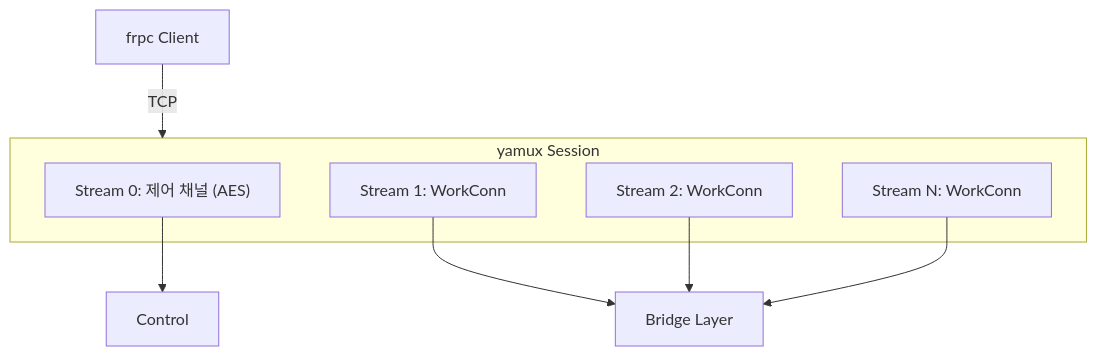
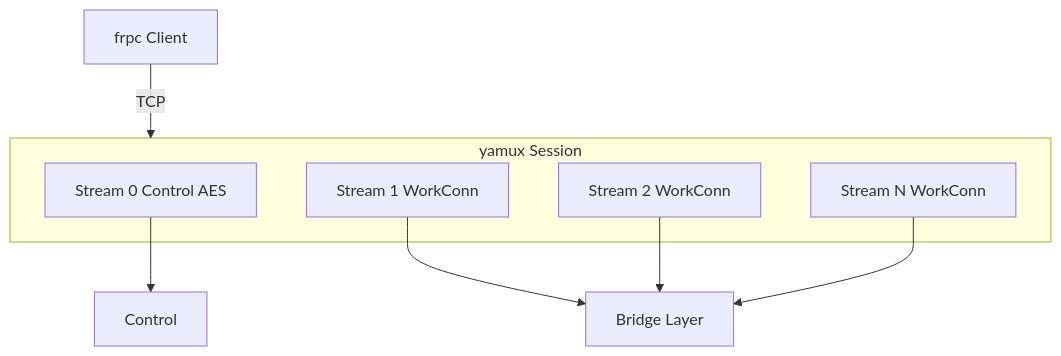
The first of 6 diagrams in docs/architecture/protocol-layer.md (cagojeiger/drp), drawn with Mermaid before and after one commit. The commit also changed other lines of this file and 3 other files, not shown here.

First line of the commit message:
fix(docs): rewrite all Mermaid diagrams for VS Code compatibility

````diff
--- a/docs/architecture/protocol-layer.md
+++ b/docs/architecture/protocol-layer.md
@@ -10,17 +10,17 @@
 ```mermaid
 graph TB
-    frpc[frpc Client]
+    FRPC["frpc Client"]
 
     subgraph YamuxSession["yamux Session"]
-        S0["Stream 0: 제어 채널 (AES)"]
-        S1["Stream 1: WorkConn"]
-        S2["Stream 2: WorkConn"]
-        SN["Stream N: WorkConn"]
+        S0["Stream 0 Control AES"]
+        S1["Stream 1 WorkConn"]
+        S2["Stream 2 WorkConn"]
+        SN["Stream N WorkConn"]
     end
 
-    frpc -->|TCP| YamuxSession
-    S0 --> Ctrl[Control]
-    S1 --> BL[Bridge Layer]
+    FRPC -->|"TCP"| YamuxSession
+    S0 --> Ctrl["Control"]
+    S1 --> BL["Bridge Layer"]
     S2 --> BL
     SN --> BL
 ```
````
